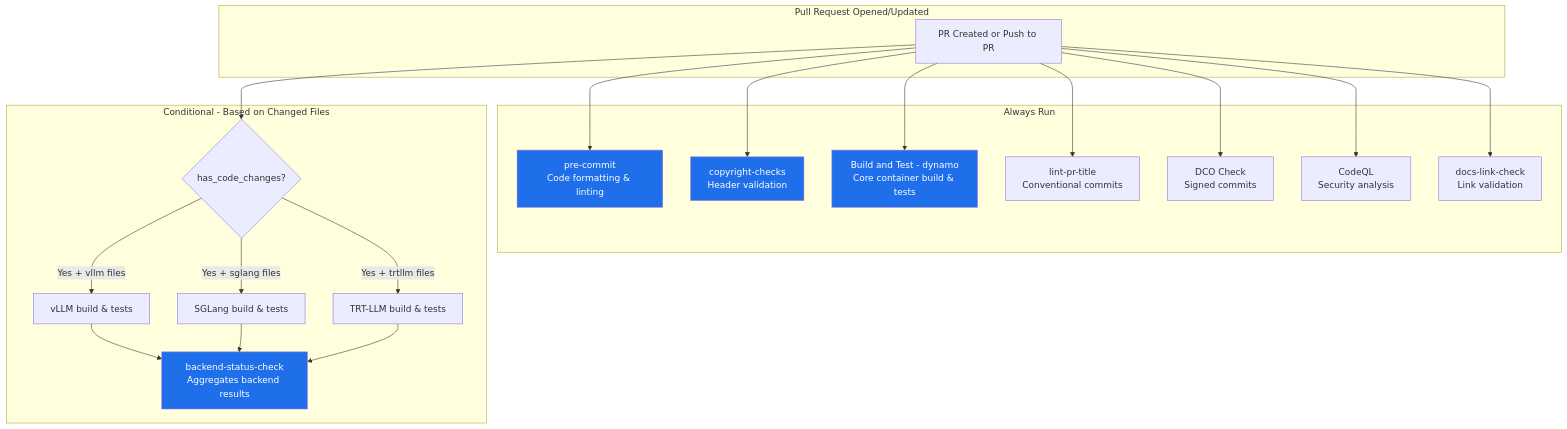
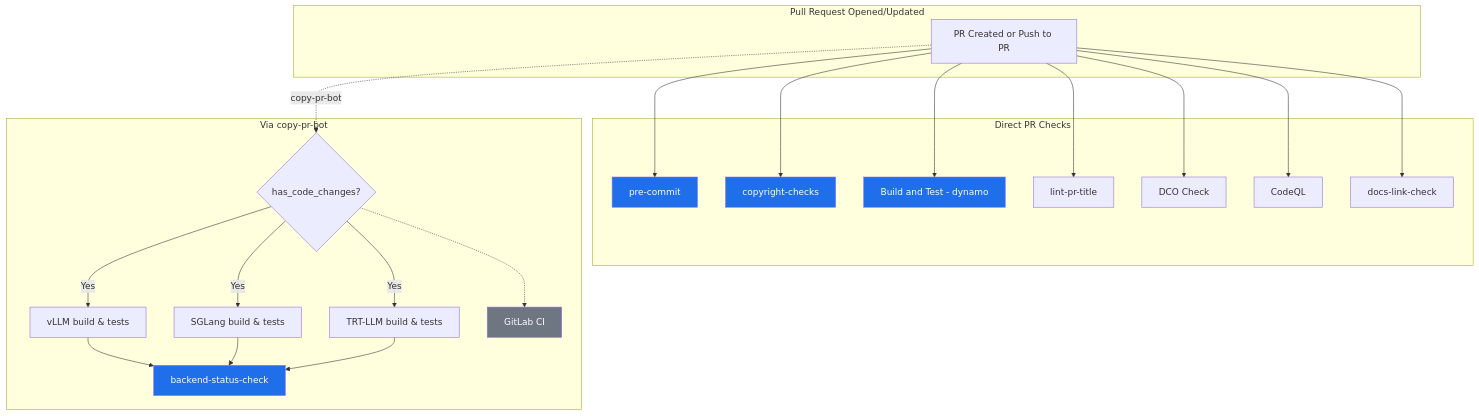
The first of 5 diagrams in .github/PR_WORKFLOW.md (ai-dynamo/dynamo), drawn with Mermaid before and after one commit. The commit also changed other lines of this file and 3 other files, not shown here.

````diff
--- a/.github/PR_WORKFLOW.md
+++ b/.github/PR_WORKFLOW.md
@@ -20,36 +16,37 @@
 ```mermaid
 flowchart TD
     subgraph PR["Pull Request Opened/Updated"]
         A[PR Created or Push to PR]
     end
 
-    subgraph Always["Always Run"]
-        B[pre-commit<br/>Code formatting & linting]
-        C[copyright-checks<br/>Header validation]
-        I[Build and Test - dynamo<br/>Core container build & tests]
-        D[lint-pr-title<br/>Conventional commits]
-        E[DCO Check<br/>Signed commits]
-        F[CodeQL<br/>Security analysis]
-        G[docs-link-check<br/>Link validation]
+    subgraph Direct["Direct PR Checks"]
+        B[pre-commit]
+        C[copyright-checks]
+        I[Build and Test - dynamo]
+        D[lint-pr-title]
+        E[DCO Check]
+        F[CodeQL]
+        G[docs-link-check]
     end
 
-    subgraph Conditional["Conditional - Based on Changed Files"]
+    subgraph CopyPR["Via copy-pr-bot"]
         H{has_code_changes?}
         J[vLLM build & tests]
         K[SGLang build & tests]
         L[TRT-LLM build & tests]
-        M[backend-status-check<br/>Aggregates backend results]
+        M[backend-status-check]
+        N[GitLab CI]
     end
 
     A --> B & C & I & D & E & F & G
-    A --> H
-    H -->|Yes + vllm files| J
-    H -->|Yes + sglang files| K
-    H -->|Yes + trtllm files| L
+    A -.->|copy-pr-bot| H
+    H -->|Yes| J & K & L
     J & K & L --> M
+    H -.-> N
 
     style B fill:#1f6feb,color:#fff
     style C fill:#1f6feb,color:#fff
     style I fill:#1f6feb,color:#fff
     style M fill:#1f6feb,color:#fff
+    style N fill:#6e7681,color:#fff
 ```
````
